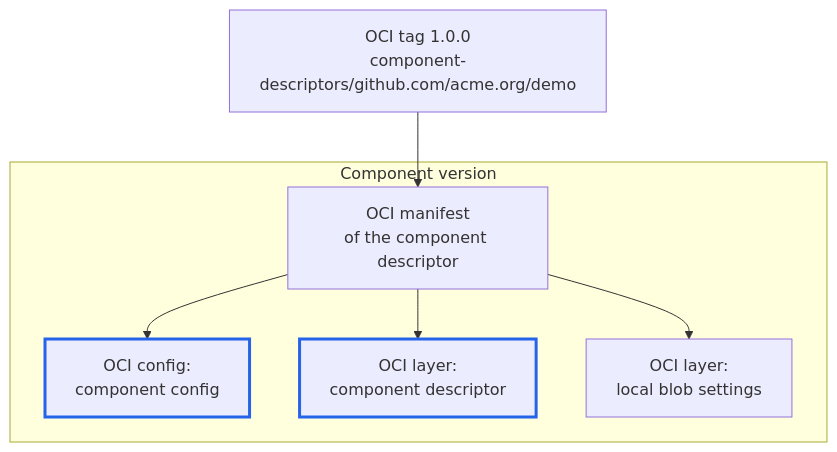
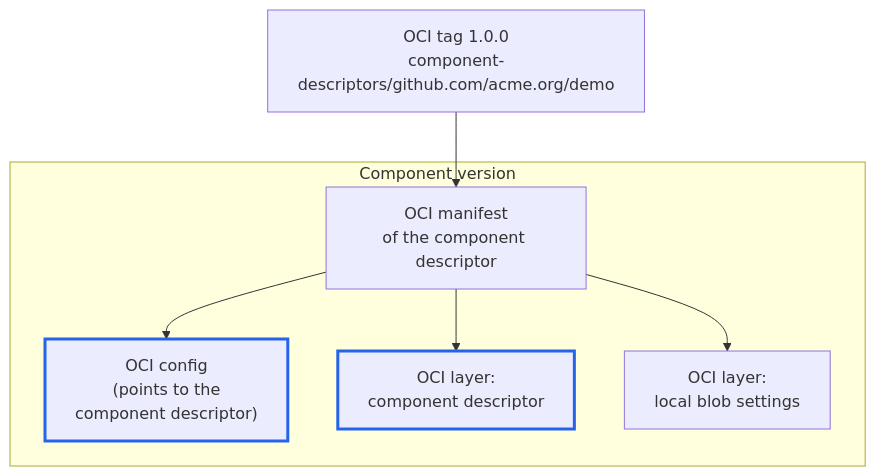
Before and after one commit to open-component-model/open-component-model: the first of 2 diagrams in website/content/docs/concepts/component-storage.md, drawn with Mermaid. The commit also changed other lines of this file, not shown here.

First line of the commit message:
docs(concepts): describe the OCI config instead of naming it component config

````diff
--- a/website/content/docs/concepts/component-storage.md
+++ b/website/content/docs/concepts/component-storage.md
@@ -66,14 +66,14 @@
 ```mermaid
 flowchart TD
     tag["OCI tag 1.0.0<br/>component-descriptors/github.com/acme.org/demo"] --> dm
 
     subgraph cv["Component version"]
         dm["OCI manifest<br/>of the component descriptor"]
-        dm --> cfg["OCI config:<br/>component config"]
+        dm --> cfg["OCI config<br/>(points to the<br/>component descriptor)"]
         dm --> cd["OCI layer:<br/>component descriptor"]
         dm --> lb["OCI layer:<br/>local blob settings"]
     end
 
     classDef ocm stroke:#2563eb,stroke-width:3px
     class cfg,cd ocm
 ```
````
